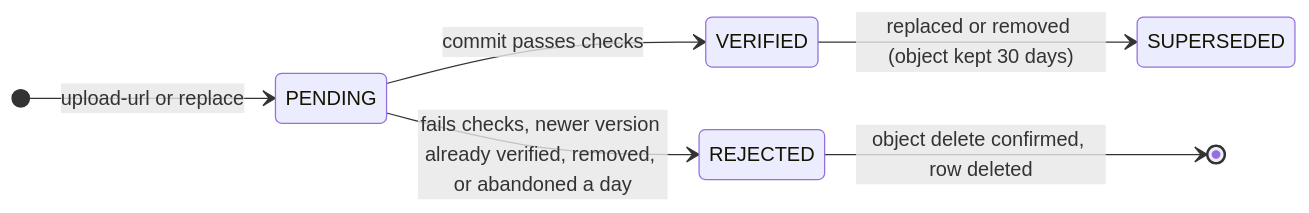
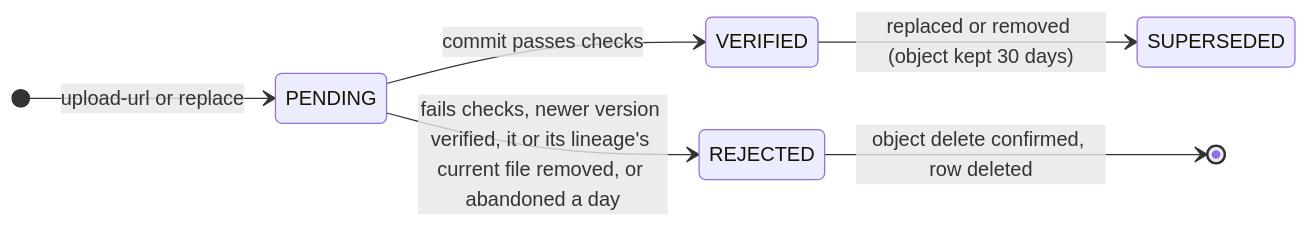
Before and after one commit to Practitionist/familiarise_web: the second of 6 diagrams in docs/digital-products/01-architecture.md, drawn with Mermaid. The commit also changed other lines of this file and 11 other files, not shown here.

````diff
--- a/docs/digital-products/01-architecture.md
+++ b/docs/digital-products/01-architecture.md
@@ -53,9 +53,9 @@
 ```mermaid
 stateDiagram-v2
   direction LR
   [*] --> PENDING: upload-url or replace
   PENDING --> VERIFIED: commit passes checks
-  PENDING --> REJECTED: fails checks, newer version already verified, removed, or abandoned a day
+  PENDING --> REJECTED: fails checks, newer version verified, it or its lineage's current file removed, or abandoned a day
   REJECTED --> [*]: object delete confirmed, row deleted
   VERIFIED --> SUPERSEDED: replaced or removed (object kept 30 days)
 ```
````
